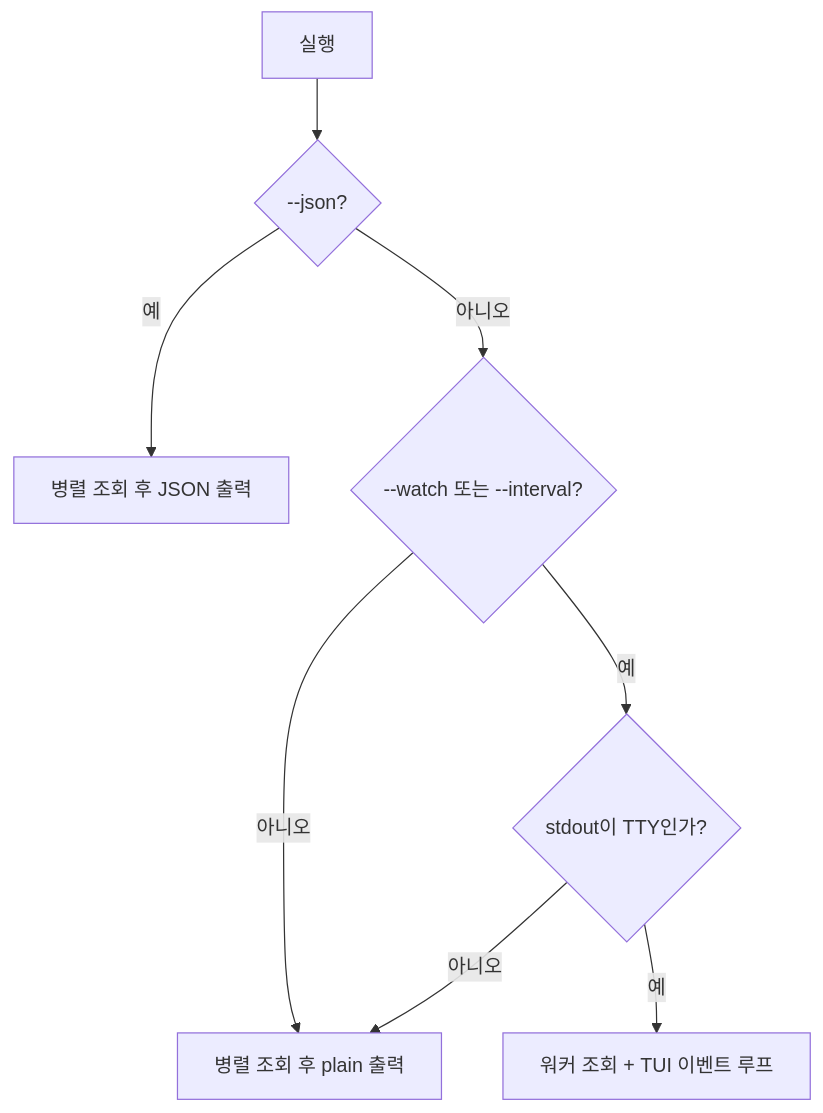
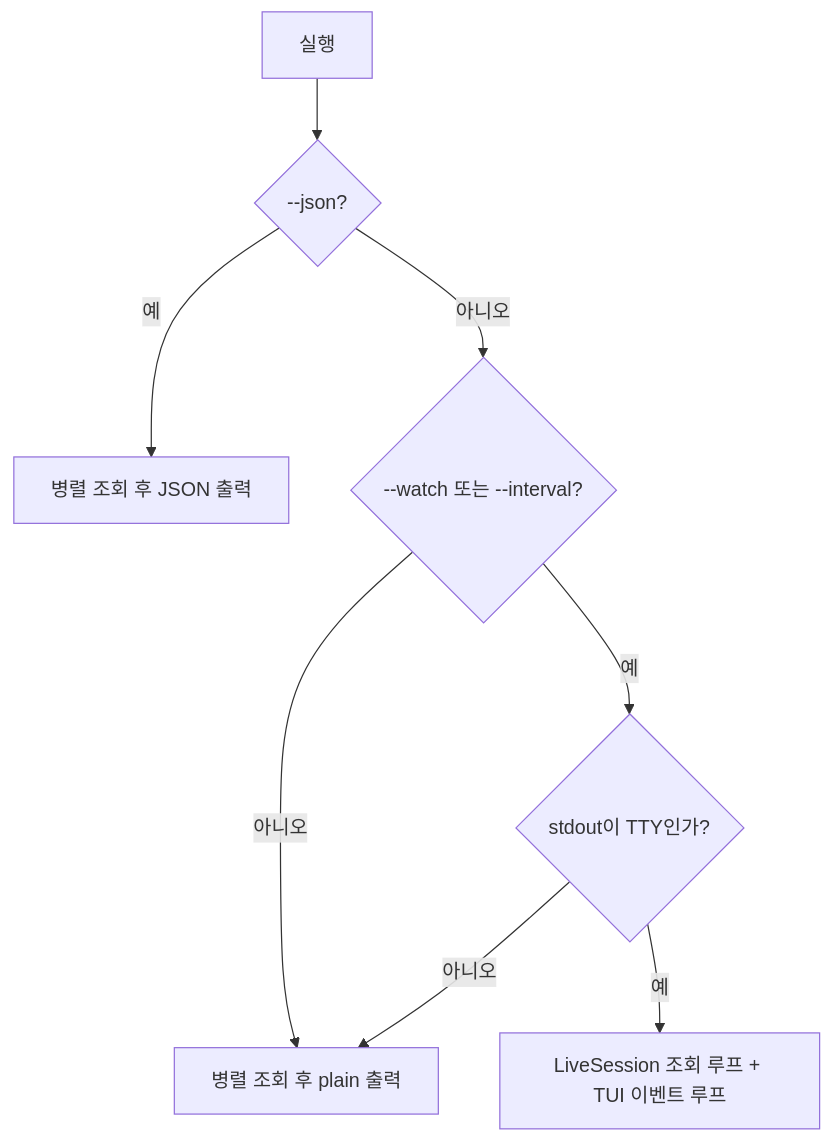
Before and after one commit to yoophi/agentmeter: the fifth of 6 diagrams in docs/architecture.md, drawn with Mermaid. The commit also changed other lines of this file and 7 other files, not shown here.

````diff
--- a/docs/architecture.md
+++ b/docs/architecture.md
@@ -144,10 +150,10 @@
 ```mermaid
 flowchart TD
     A[실행] --> B{--json?}
     B -->|예| C[병렬 조회 후 JSON 출력]
     B -->|아니오| D{--watch 또는 --interval?}
     D -->|아니오| E[병렬 조회 후 plain 출력]
     D -->|예| F{stdout이 TTY인가?}
     F -->|아니오| E
-    F -->|예| G[워커 조회 + TUI 이벤트 루프]
+    F -->|예| G[LiveSession 조회 루프 + TUI 이벤트 루프]
 ```
````
